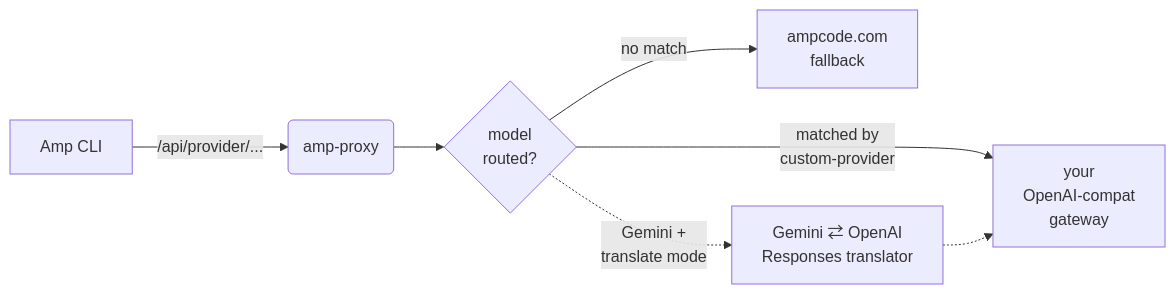
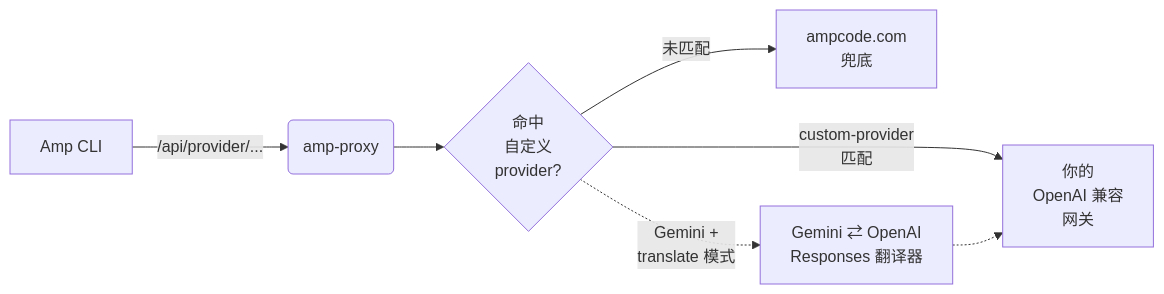
Before and after one commit to margbug01/amp-proxy: the diagram in README.md, drawn with Mermaid. The commit also changed other lines of this file and 2 other files, not shown here.

````diff
--- a/README.md
+++ b/README.md
@@ -46,8 +41,8 @@
 ```mermaid
 flowchart LR
     A[Amp CLI] -->|/api/provider/...| B(amp-proxy)
-    B --> C{model<br/>routed?}
-    C -->|matched by<br/>custom-provider| D[your<br/>OpenAI-compat<br/>gateway]
-    C -->|no match| E[ampcode.com<br/>fallback]
-    C -. Gemini +<br/>translate mode .-> T[Gemini ⇄ OpenAI<br/>Responses translator] -.-> D
+    B --> C{命中<br/>自定义<br/>provider?}
+    C -->|custom-provider<br/>匹配| D[你的<br/>OpenAI 兼容<br/>网关]
+    C -->|未匹配| E[ampcode.com<br/>兜底]
+    C -. Gemini +<br/>translate 模式 .-> T[Gemini ⇄ OpenAI<br/>Responses 翻译器] -.-> D
 ```
````
